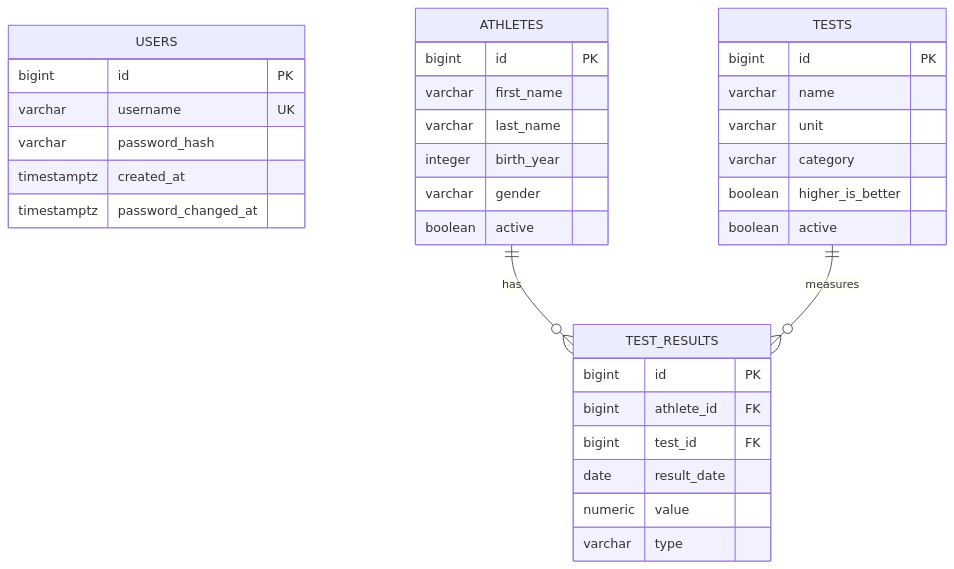
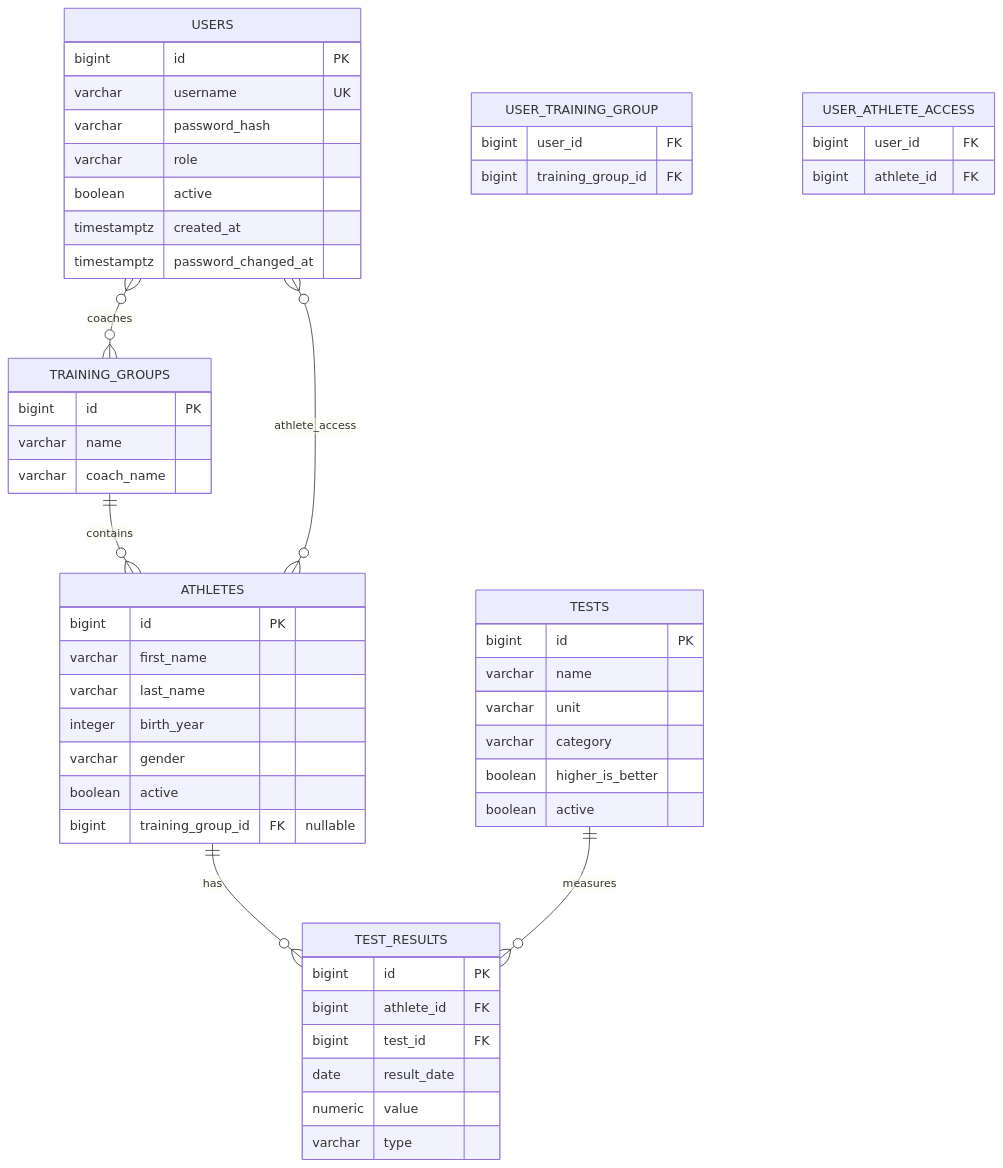
Before and after one commit to maskrz/tfhub: the diagram in docs/backend/data-model.md, drawn with Mermaid. The commit also changed other lines of this file and 80 other files, not shown here.

````diff
--- a/docs/backend/data-model.md
+++ b/docs/backend/data-model.md
@@ -22,40 +23,62 @@
 ```mermaid
 erDiagram
     USERS {
         bigint id PK
         varchar username UK
         varchar password_hash
+        varchar role
+        boolean active
         timestamptz created_at
         timestamptz password_changed_at
     }
 
+    TRAINING_GROUPS {
+        bigint id PK
+        varchar name
+        varchar coach_name
+    }
+
+    USER_TRAINING_GROUP {
+        bigint user_id FK
+        bigint training_group_id FK
+    }
+
+    USER_ATHLETE_ACCESS {
+        bigint user_id FK
+        bigint athlete_id FK
+    }
+
+    TRAINING_GROUPS ||--o{ ATHLETES : contains
+    USERS }o--o{ TRAINING_GROUPS : coaches
+    USERS }o--o{ ATHLETES : athlete_access
     ATHLETES ||--o{ TEST_RESULTS : has
     TESTS ||--o{ TEST_RESULTS : measures
 
     ATHLETES {
         bigint id PK
         varchar first_name
         varchar last_name
         integer birth_year
         varchar gender
         boolean active
+        bigint training_group_id FK "nullable"
     }
 
     TESTS {
         bigint id PK
         varchar name
         varchar unit
         varchar category
         boolean higher_is_better
         boolean active
     }
 
     TEST_RESULTS {
         bigint id PK
         bigint athlete_id FK
         bigint test_id FK
         date result_date
         numeric value
         varchar type
     }
 ```
````
